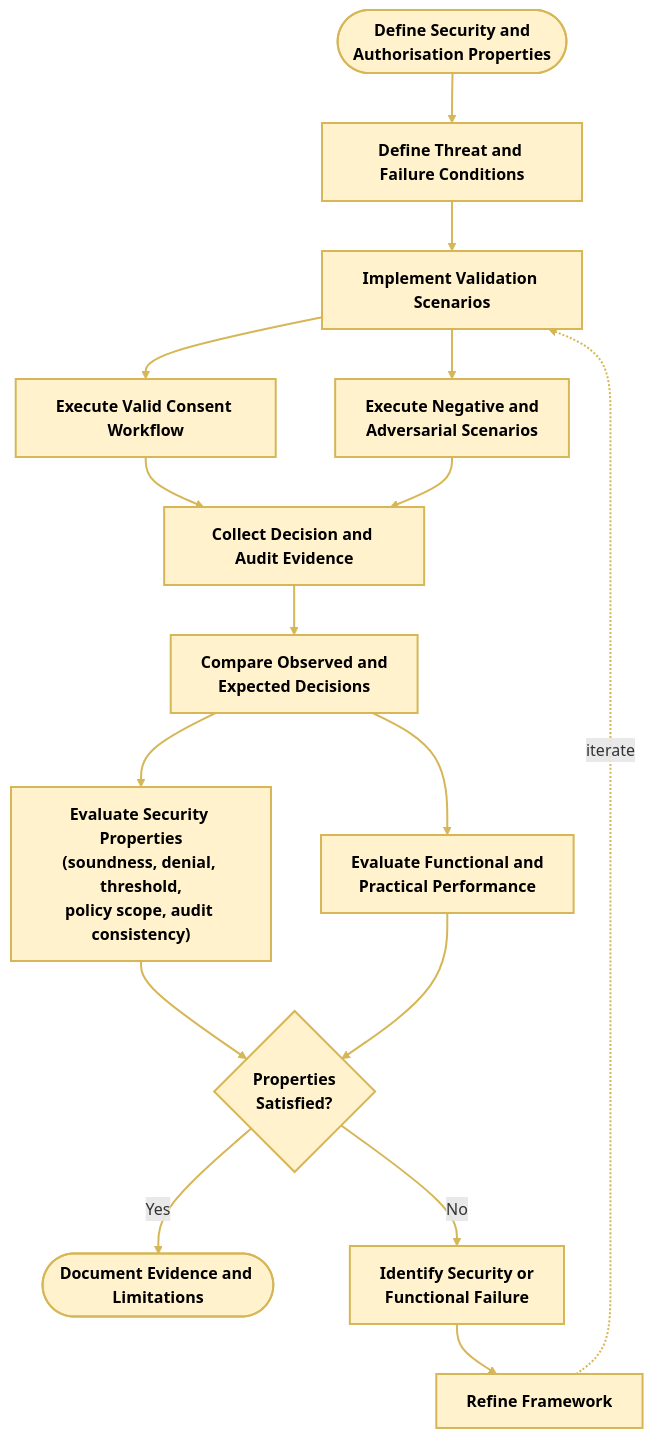
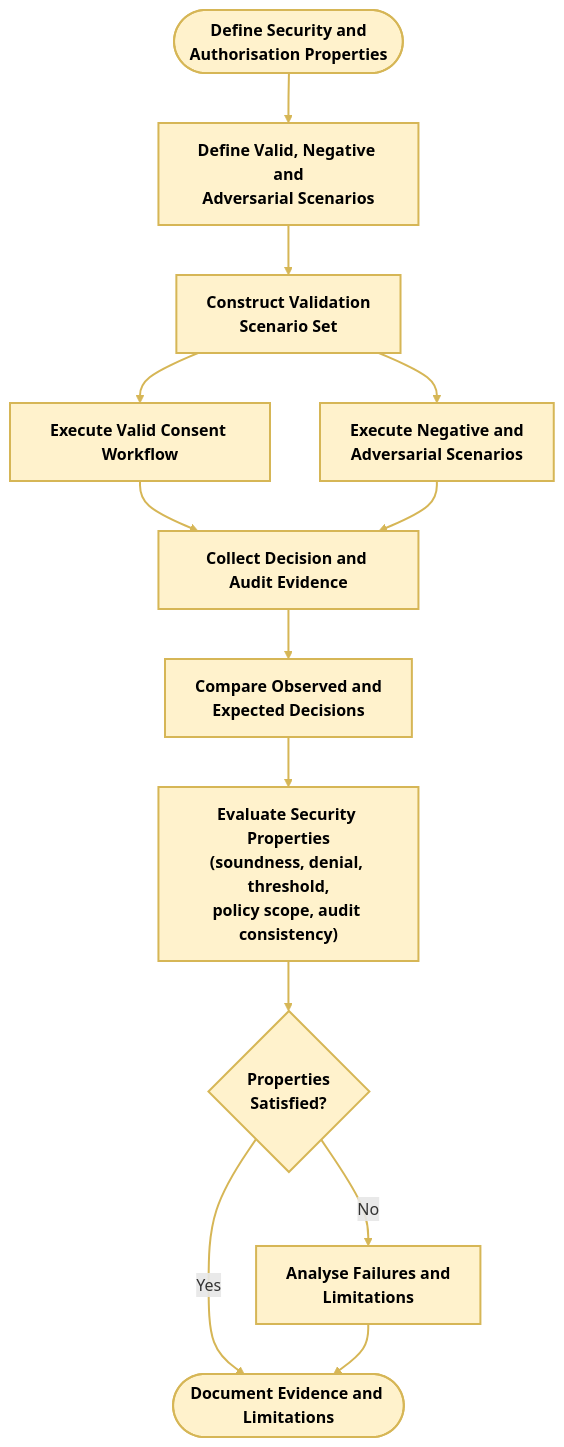
The diagram in review/word/figures_colour/fig12.mmd (yasir12345678900/HealthRWA-Sepolia-Personal-try), drawn with Mermaid before and after one commit. The commit also changed 25 other files, not shown here.

```diff
--- a/review/word/figures_colour/fig12.mmd
+++ b/review/word/figures_colour/fig12.mmd
@@ -1,18 +1,15 @@
 %%{init: {"flowchart": {"curve": "basis"}}}%%
 flowchart TD
-A([Define Security and<br/>Authorisation Properties]) --> B[Define Threat and Failure Conditions] --> C[Implement Validation Scenarios]
+A([Define Security and<br/>Authorisation Properties]) --> B[Define Valid, Negative and<br/>Adversarial Scenarios] --> C[Construct Validation<br/>Scenario Set]
 C --> D[Execute Valid Consent Workflow]
 C --> E[Execute Negative and<br/>Adversarial Scenarios]
 D --> F[Collect Decision and Audit Evidence]
 E --> F
 F --> G[Compare Observed and<br/>Expected Decisions]
 G --> H["Evaluate Security Properties<br/>(soundness, denial, threshold,<br/>policy scope, audit consistency)"]
-G --> I[Evaluate Functional and<br/>Practical Performance]
 H --> Q{"Properties<br/>Satisfied?"}
-I --> Q
 Q -- Yes --> J([Document Evidence and Limitations])
-Q -- No --> K[Identify Security or<br/>Functional Failure] --> L[Refine Framework]
-L -. iterate .-> C
-class A,B,C,D,E,F,G,H,I,J,K,L,Q g
+Q -- No --> K[Analyse Failures and<br/>Limitations] --> J
+class A,B,C,D,E,F,G,H,J,K,Q g
 classDef g fill:#FFF2CC,stroke:#D6B656,stroke-width:2px,color:#000,font-weight:bold
 linkStyle default stroke:#D6B656,stroke-width:2px
```
